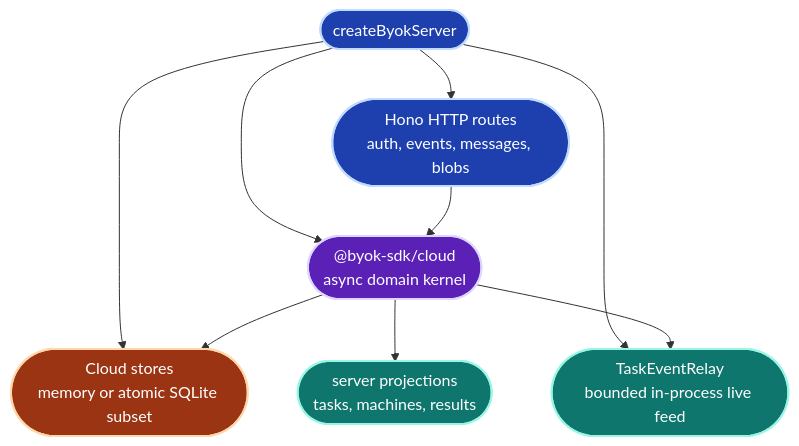
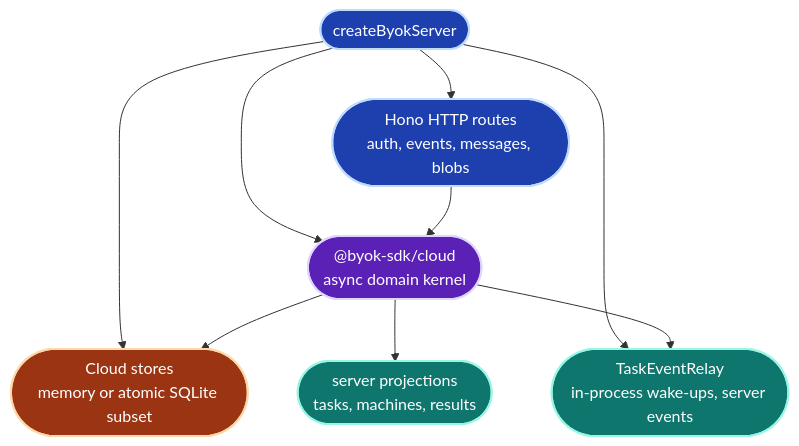
The fifth of 21 diagrams in docs/architecture/sdk-architecture.md (Ancienttwo/byok-sdk), drawn with Mermaid before and after one commit. The commit also changed other lines of this file and 130 other files, not shown here.

First line of the commit message:
batch(0.33): Grok runtimes, #1113 durable task events, dsh adapter (#1272)

````diff
--- a/docs/architecture/sdk-architecture.md
+++ b/docs/architecture/sdk-architecture.md
@@ -345,23 +345,23 @@
 ```mermaid
 flowchart TB
   classDef api fill:#1e40af,stroke:#bfdbfe,stroke-width:2px,color:#fff
   classDef core fill:#5b21b6,stroke:#ddd6fe,stroke-width:2px,color:#fff
   classDef store fill:#9a3412,stroke:#fed7aa,stroke-width:2px,color:#fff
   classDef support fill:#0f766e,stroke:#99f6e4,stroke-width:2px,color:#fff
 
   Factory(["createByokServer"]):::api
   Hono(["Hono HTTP routes<br/>auth, events, messages, blobs"]):::api
   Cloud(["@byok-sdk/cloud<br/>async domain kernel"]):::core
   Stores(["Cloud stores<br/>memory or atomic SQLite subset"]):::store
-  Relay(["TaskEventRelay<br/>bounded in-process live feed"]):::support
+  Relay(["TaskEventRelay<br/>in-process wake-ups, server events"]):::support
   Snapshot(["server projections<br/>tasks, machines, results"]):::support
 
   Factory --> Hono
   Factory --> Cloud
   Factory --> Stores
   Factory --> Relay
   Hono --> Cloud
   Cloud --> Stores
   Cloud --> Snapshot
   Cloud --> Relay
 ```
````
